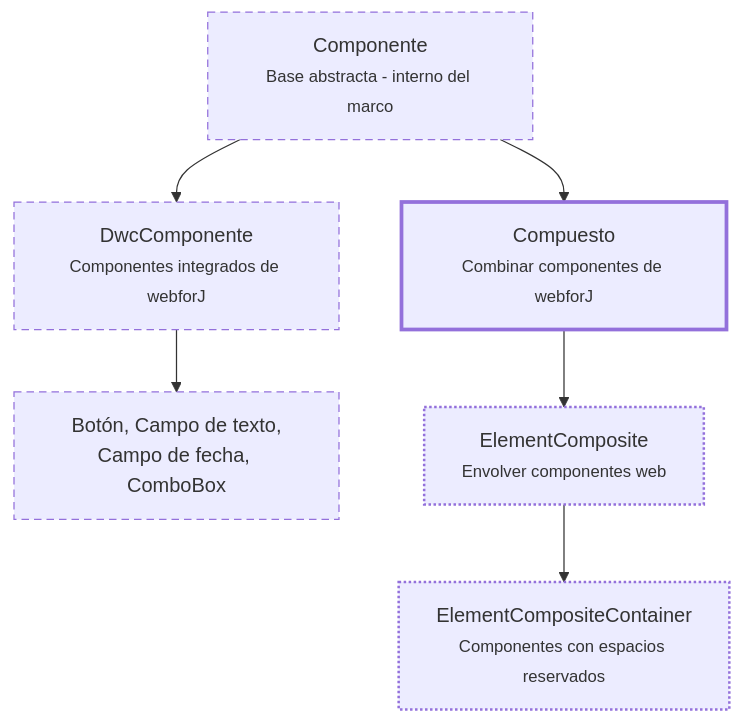
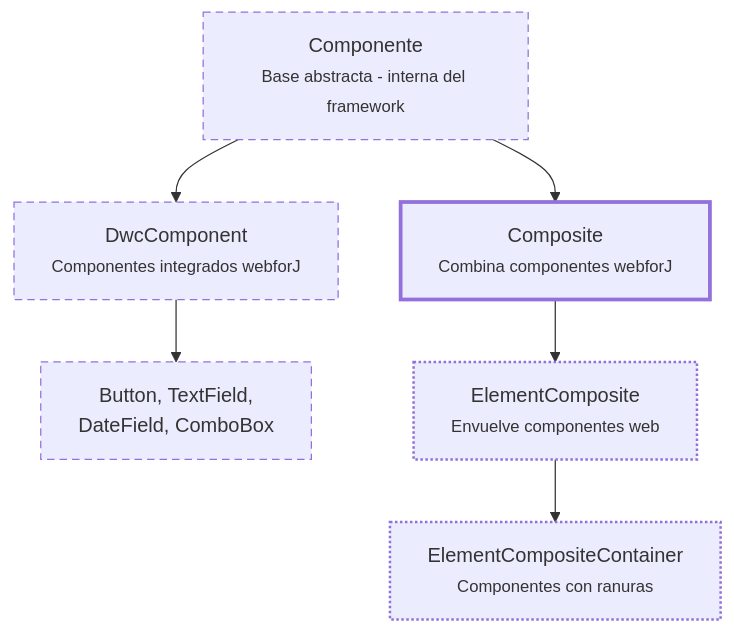
Before and after one commit to webforj/webforj-documentation: the diagram in docs/i18n/es/docusaurus-plugin-content-docs/current/building-ui/component-fundamentals.md, drawn with Mermaid. The commit also changed other lines of this file and 23 other files, not shown here.

````diff
--- a/docs/i18n/es/docusaurus-plugin-content-docs/current/building-ui/component-fundamentals.md
+++ b/docs/i18n/es/docusaurus-plugin-content-docs/current/building-ui/component-fundamentals.md
@@ -52,19 +52,19 @@
 ```mermaid
 graph TD
-  A[Componente<br/><small>Base abstracta - interno del marco</small>]
+  A[Componente<br/><small>Base abstracta - interna del framework</small>]
   
-  A --> B[DwcComponente<br/><small>Componentes integrados de webforJ</small>]
-  A --> C[Compuesto<br/><small>Combinar componentes de webforJ</small>]
+  A --> B[DwcComponent<br/><small>Componentes integrados webforJ</small>]
+  A --> C[Composite<br/><small>Combina componentes webforJ</small>]
   
-  B --> E[Botón, Campo de texto,<br/>Campo de fecha, ComboBox]
+  B --> E[Button, TextField,<br/>DateField, ComboBox]
   
-  C --> D[ElementComposite<br/><small>Envolver componentes web</small>]
-  D --> F[ElementCompositeContainer<br/><small>Componentes con espacios reservados</small>]
+  C --> D[ElementComposite<br/><small>Envuelve componentes web</small>]
+  D --> F[ElementCompositeContainer<br/><small>Componentes con ranuras</small>]
 
   classDef internal stroke-dasharray:6 4,stroke-width:1px
   classDef primary stroke-width:3px
   classDef secondary stroke-width:2px,stroke-dasharray:2 2
   class A,B,E internal
   class C primary
   class D,F secondary
 ```
````
